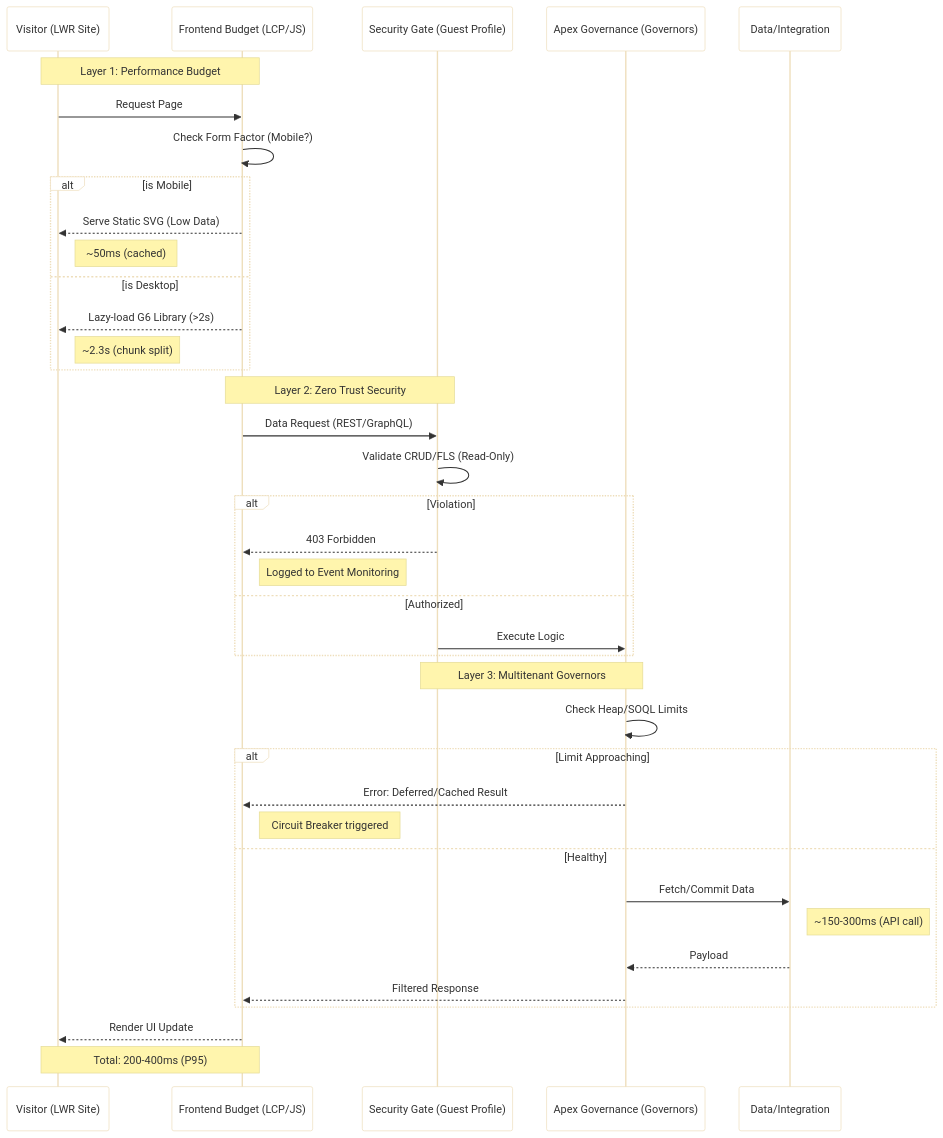
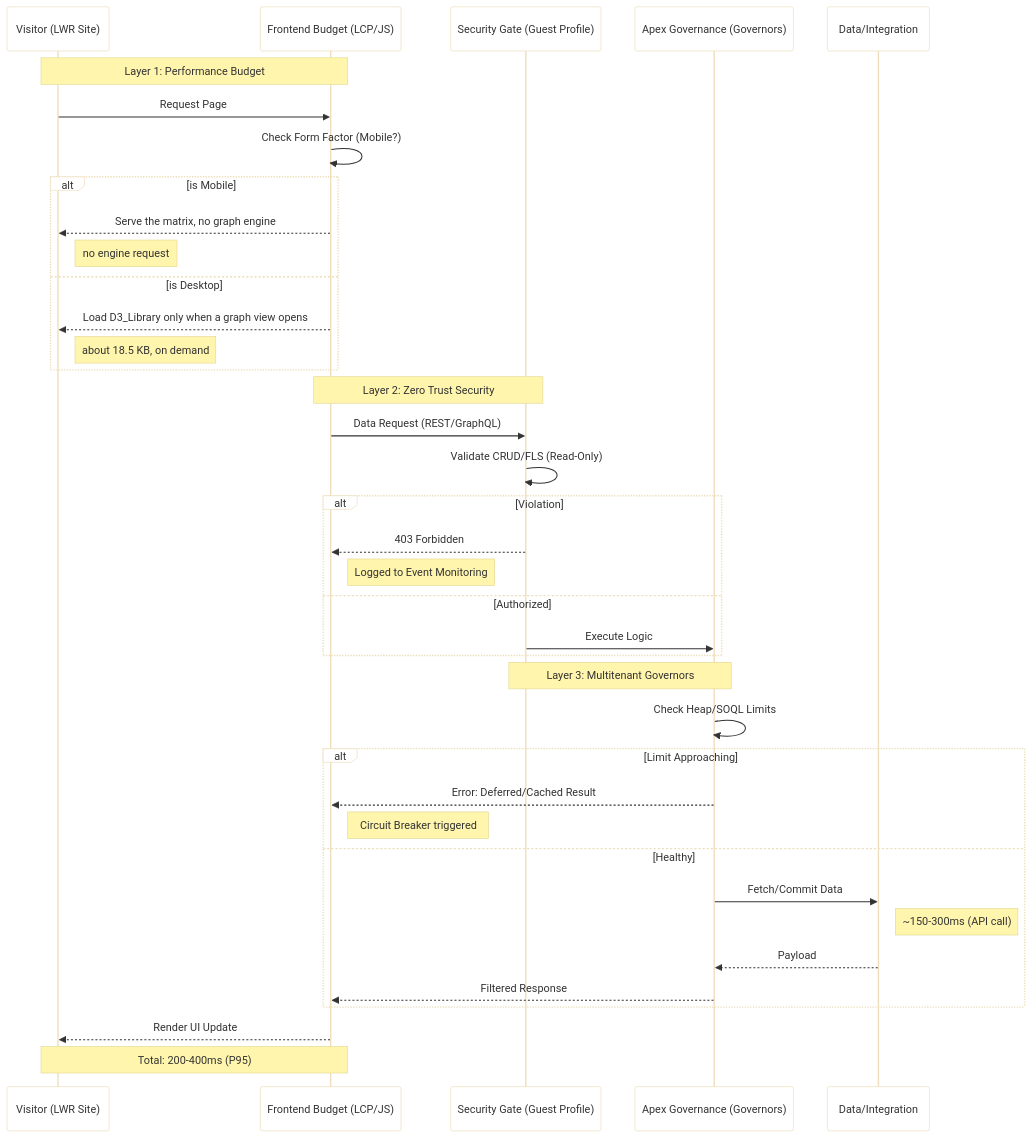
One commit to rdbumstead/salesforce-platform-architect-portfolio changed the diagram in docs/guides/06-Guardrails-and-Executable-Governance.md. Above: the diagram before and after it, drawn with Mermaid. The commit also changed other lines of this file and 2 other files, not shown here.

Commit message:
docs(guide): describe the D3 engine and the skills matrix in the SAS, Charter and Guardrails
G6 lines become the Round 5 engine: the matrix on every device, the D3 graph
loaded only when a graph view opens on desktop or tablet, phones never request
the engine. The SAS junction example no longer names the client project.

````diff
--- a/docs/guides/06-Guardrails-and-Executable-Governance.md
+++ b/docs/guides/06-Guardrails-and-Executable-Governance.md
@@ -153,45 +153,45 @@
 ```mermaid
 sequenceDiagram
     %%{init: {'theme': 'base', 'themeVariables': { 'mainBkg': '#ffffff'}}}%%
     participant U as Visitor (LWR Site)
     participant B as Frontend Budget (LCP/JS)
     participant G as Security Gate (Guest Profile)
     participant A as Apex Governance (Governors)
     participant D as Data/Integration
 
     Note over U,B: Layer 1: Performance Budget
     U->>B: Request Page
     B->>B: Check Form Factor (Mobile?)
     alt is Mobile
-        B-->>U: Serve Static SVG (Low Data)
-        Note right of U: ~50ms (cached)
+        B-->>U: Serve the matrix, no graph engine
+        Note right of U: no engine request
     else is Desktop
-        B-->>U: Lazy-load G6 Library (>2s)
-        Note right of U: ~2.3s (chunk split)
+        B-->>U: Load D3_Library only when a graph view opens
+        Note right of U: about 18.5 KB, on demand
     end
 
     Note over B,G: Layer 2: Zero Trust Security
     B->>G: Data Request (REST/GraphQL)
     G->>G: Validate CRUD/FLS (Read-Only)
     alt Violation
         G-->>B: 403 Forbidden
         Note right of B: Logged to Event Monitoring
     else Authorized
         G->>A: Execute Logic
     end
 
     Note over G,A: Layer 3: Multitenant Governors
     A->>A: Check Heap/SOQL Limits
     alt Limit Approaching
         A-->>B: Error: Deferred/Cached Result
         Note right of B: Circuit Breaker triggered
     else Healthy
         A->>D: Fetch/Commit Data
         Note right of D: ~150-300ms (API call)
         D-->>A: Payload
         A-->>B: Filtered Response
     end
 
     B-->>U: Render UI Update
     Note over U,B: Total: 200-400ms (P95)
 ```
````
